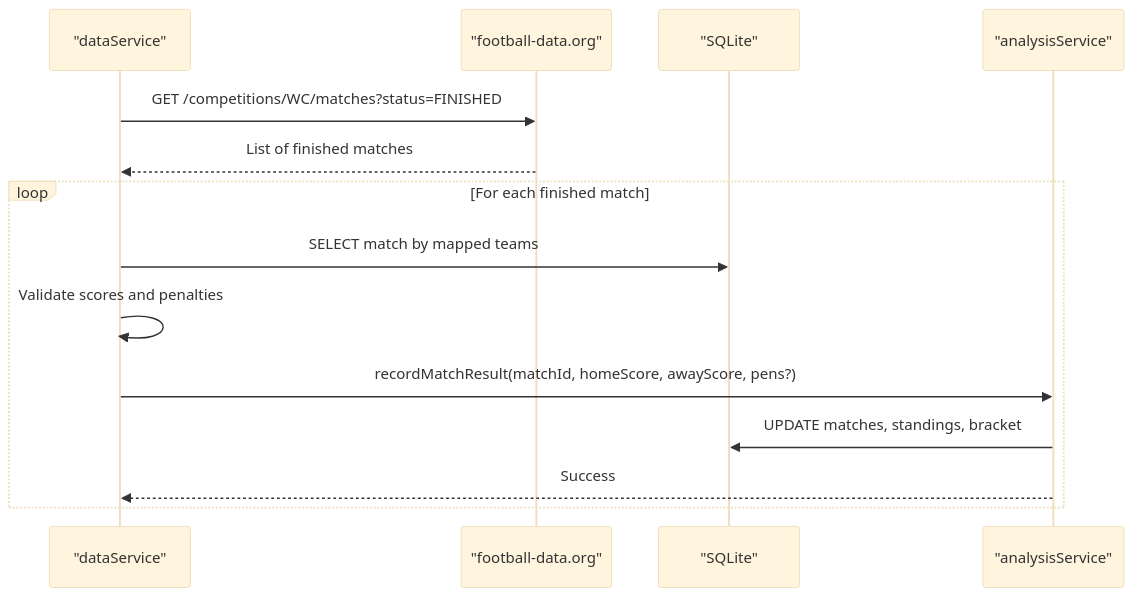
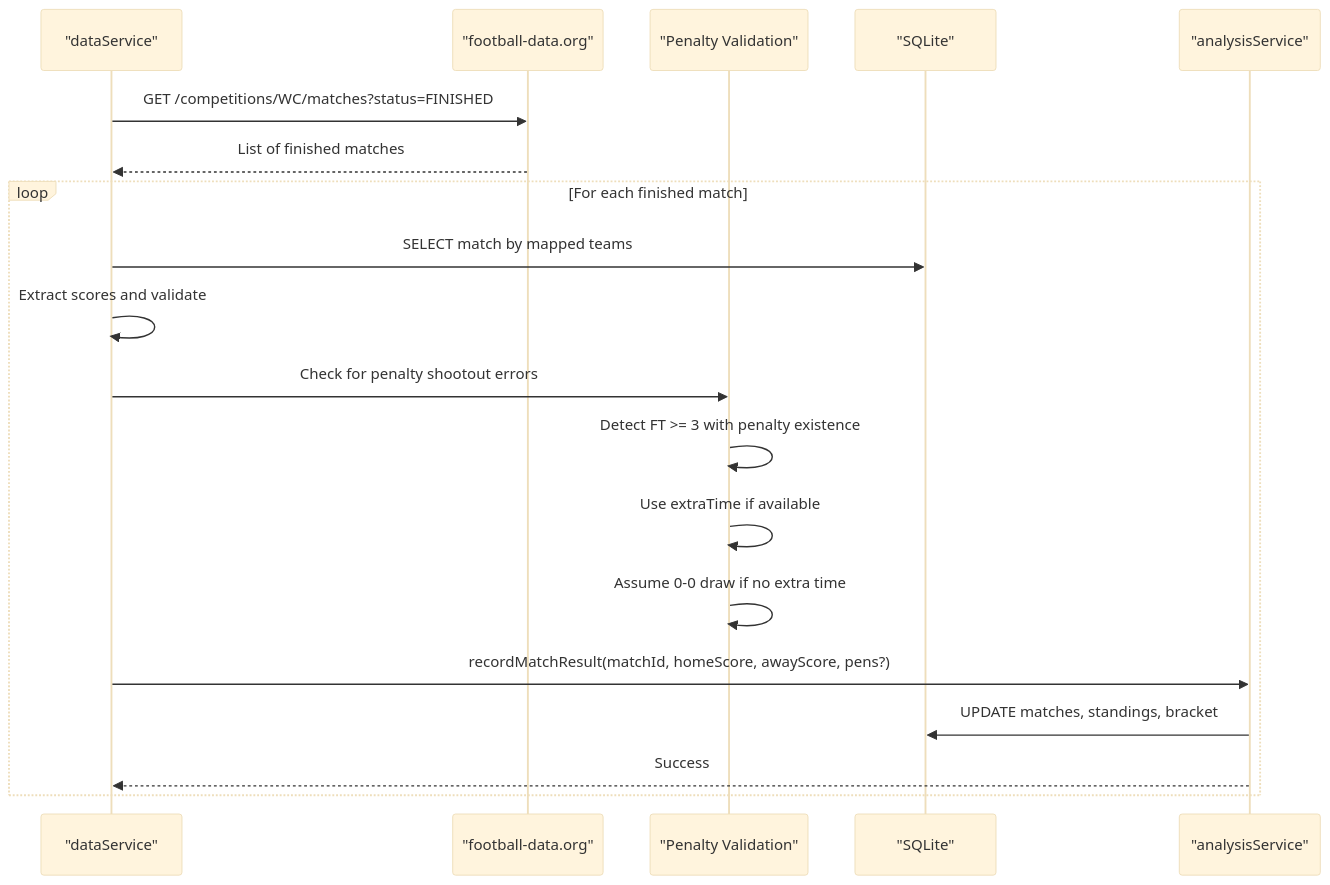
Before and after one commit to cheesiong/WC26-qwen: the fifth of 8 diagrams in .qoder/repowiki/en/content/Data Services/Live Data Integration.md, drawn with Mermaid (base theme). The commit also changed other lines of this file and 30 other files, not shown here.

````diff
--- a/.qoder/repowiki/en/content/Data Services/Live Data Integration.md
+++ b/.qoder/repowiki/en/content/Data Services/Live Data Integration.md
@@ -240,16 +269,21 @@
 ```mermaid
 sequenceDiagram
 participant DS as "dataService"
 participant API as "football-data.org"
+participant Validator as "Penalty Validation"
 participant DB as "SQLite"
 participant AS as "analysisService"
 DS->>API : GET /competitions/WC/matches?status=FINISHED
 API-->>DS : List of finished matches
 loop For each finished match
 DS->>DB : SELECT match by mapped teams
-DS->>DS : Validate scores and penalties
+DS->>DS : Extract scores and validate
+DS->>Validator : Check for penalty shootout errors
+Validator->>Validator : Detect FT >= 3 with penalty existence
+Validator->>Validator : Use extraTime if available
+Validator->>Validator : Assume 0-0 draw if no extra time
 DS->>AS : recordMatchResult(matchId, homeScore, awayScore, pens?)
 AS->>DB : UPDATE matches, standings, bracket
 AS-->>DS : Success
 end
 ```
````
